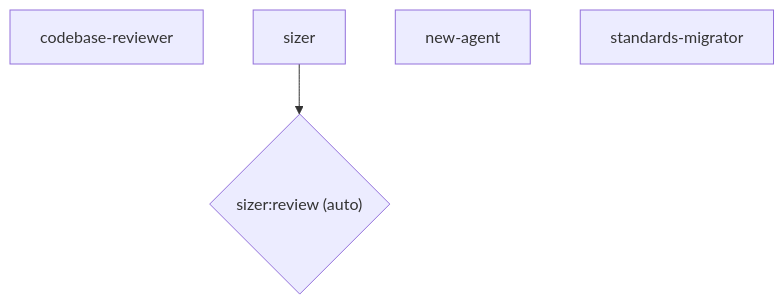
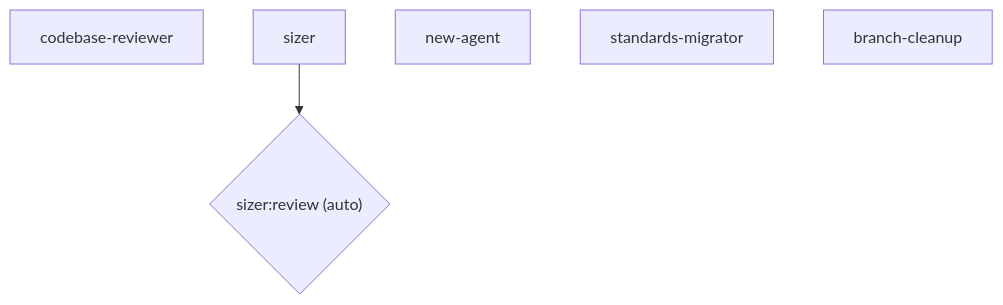
One commit to M-A-Operating-System/ai-coding-standards2 changed the diagram in docs/product/agile/generated/phases/00_ondemand.mmd. Above: the diagram before and after it, drawn with Mermaid.

Commit message:
chore: regenerate pipeline diagrams

```diff
--- a/docs/product/agile/generated/phases/00_ondemand.mmd
+++ b/docs/product/agile/generated/phases/00_ondemand.mmd
@@ -1,7 +1,8 @@
 flowchart TD
     n_00_ondemand__codebase_reviewer["codebase-reviewer"]
     n_00_ondemand__sizer["sizer"]
     n_00_ondemand__new_agent["new-agent"]
     n_00_ondemand__standards_migrator["standards-migrator"]
+    n_00_ondemand__branch_cleanup["branch-cleanup"]
     gate__n_00_ondemand__sizer{"sizer:review (auto)"}
     n_00_ondemand__sizer --> gate__n_00_ondemand__sizer
```
